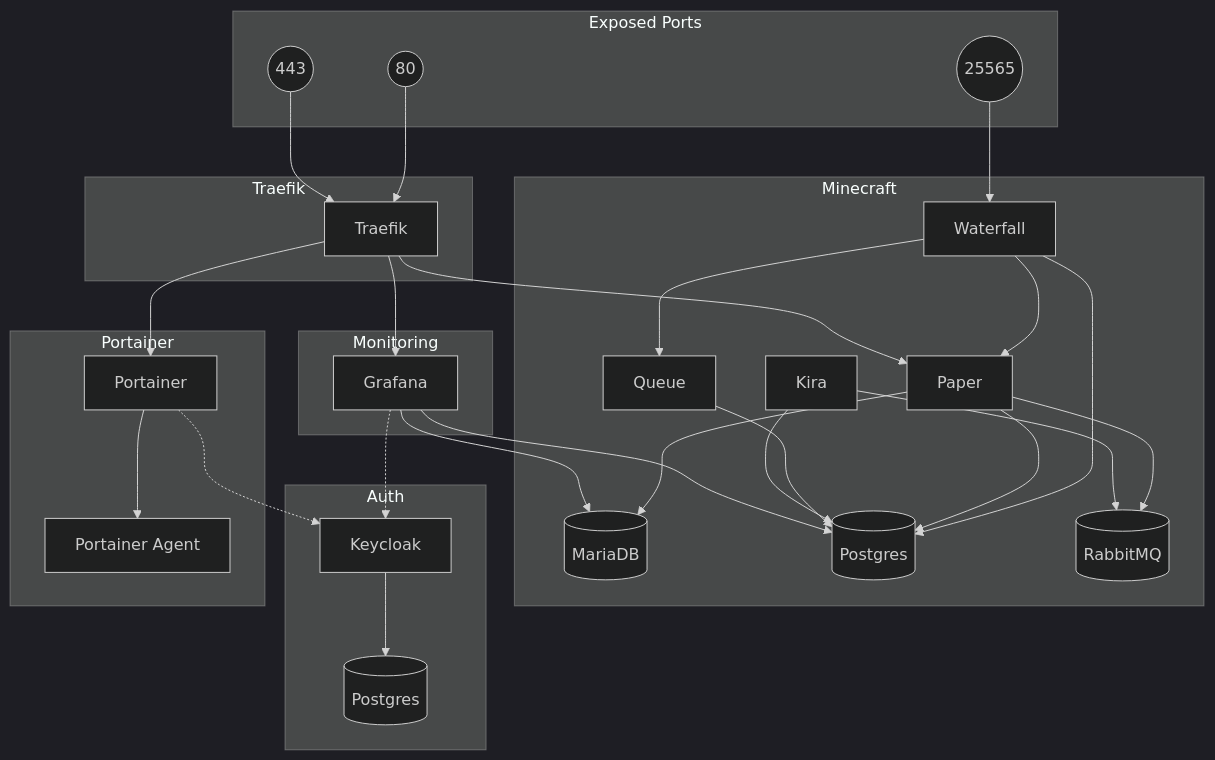
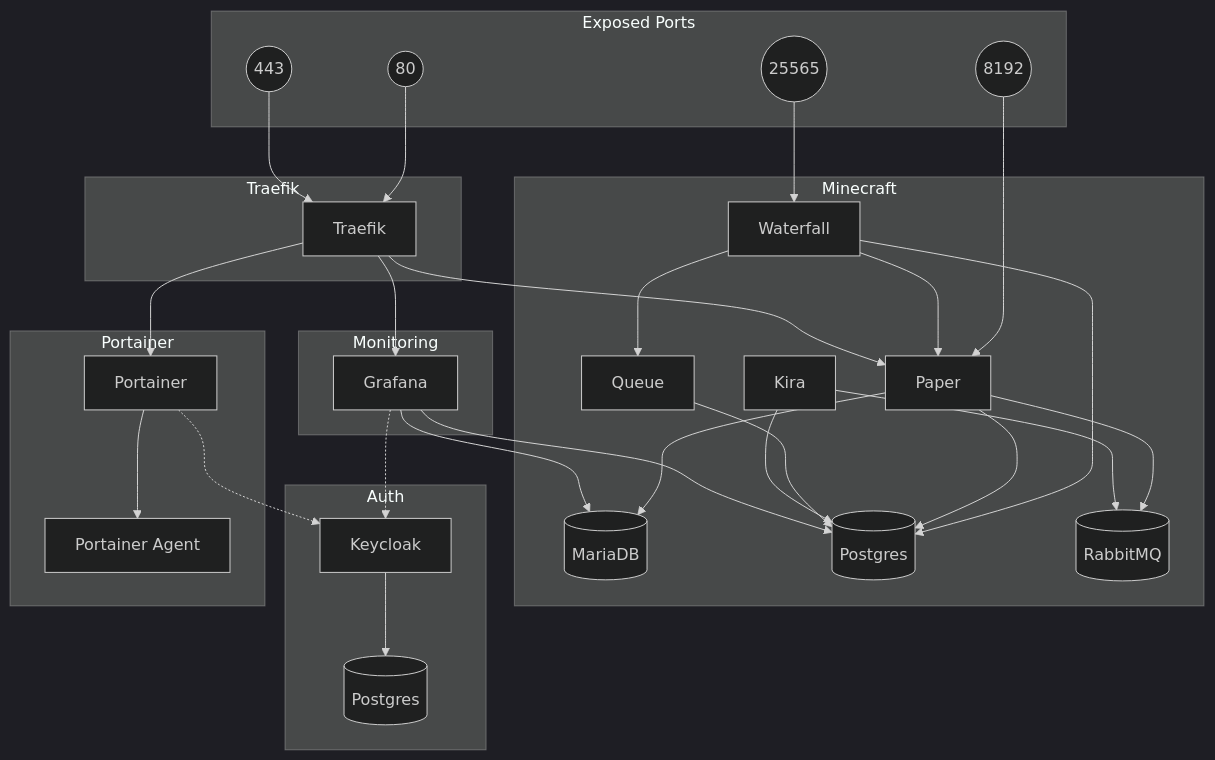
The diagram in ansible/README.md (CivMC/Civ), drawn with Mermaid (dark theme) before and after one commit. The commit also changed 10 other files, not shown here.

````diff
--- a/ansible/README.md
+++ b/ansible/README.md
@@ -5,65 +5,67 @@
 ```mermaid
 graph TD;
 
 subgraph Exposed Ports;
   port_http((80));
   port_https((443));
   port_mc((25565));
+  port_vote((8192));
 end;
 
 subgraph Minecraft;
   mc_waterfall[Waterfall];
   mc_paper[Paper];
   mc_queue[Queue];
   mc_kira[Kira];
   mc_mariadb[(MariaDB)];
   mc_postgres[(Postgres)];
   mc_rabbitmq[(RabbitMQ)];
   
   port_mc-->mc_waterfall;
+  port_vote-->mc_paper;
     
   mc_waterfall-->mc_paper;
   mc_waterfall-->mc_queue;
   mc_waterfall-->mc_postgres;
   mc_paper-->mc_postgres;
   mc_paper-->mc_mariadb;
   mc_paper-->mc_rabbitmq;
   mc_queue-->mc_postgres;
   mc_kira-->mc_postgres;
   mc_kira-->mc_rabbitmq;
 end;
 
 subgraph Auth;
   auth_keycloak[Keycloak];
   auth_postgres[(Postgres)];
   
   auth_keycloak-->auth_postgres;
 end;
 
 subgraph Monitoring;
   mon_grafana[Grafana];
   
   mon_grafana-->mc_postgres;
   mon_grafana-->mc_mariadb;
   mon_grafana-.->auth_keycloak;
 end;
 
 subgraph Portainer;
   por_portainer[Portainer];
   por_agent[Portainer Agent];
   
   por_portainer-->por_agent;
   por_portainer-.->auth_keycloak;
 end;
 
 subgraph Traefik;
   tfk_traefik[Traefik];
   
   port_http-->tfk_traefik;
   port_https-->tfk_traefik;
   
   tfk_traefik-->mon_grafana;
   tfk_traefik-->mc_paper;
   tfk_traefik-->por_portainer;
 end;
 ```
````
